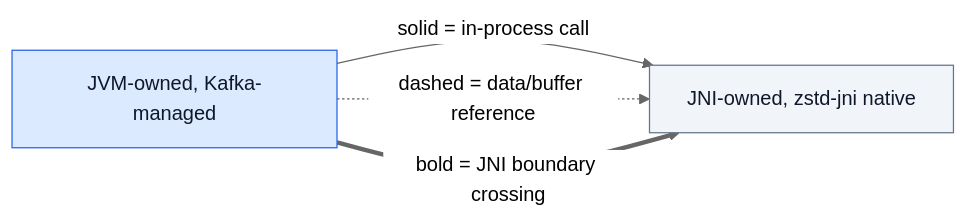
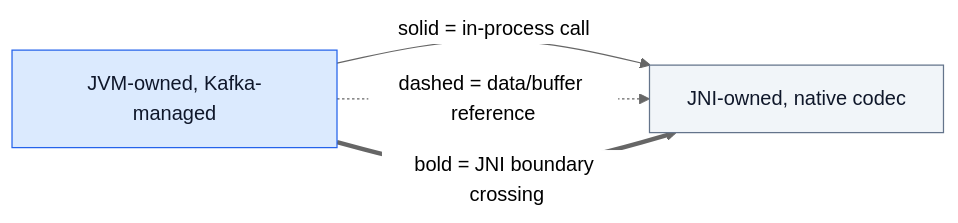
One commit to blitzy-public-samples/blitzy-kafka changed the second of 2 diagrams in docs/security-audit/diagrams/native-compression-boundary.md. Above: the diagram before and after it, drawn with Mermaid. The commit also changed other lines of this file and 1 other file, not shown here.

First line of the commit message:
Resolve 3 MINOR QA findings: native-compression chunk ceilings + slide 6 matrix completeness + slide 8 layout

````diff
--- a/docs/security-audit/diagrams/native-compression-boundary.md
+++ b/docs/security-audit/diagrams/native-compression-boundary.md
@@ -61,11 +75,11 @@
 ```mermaid
 %%{init: {'theme':'neutral'}}%%
 flowchart LR
     A[JVM-owned, Kafka-managed]:::jvm
-    B[JNI-owned, zstd-jni native]:::jni
+    B[JNI-owned, native codec]:::jni
     A -->|solid = in-process call| B
     A -.->|dashed = data/buffer reference| B
     A ==>|bold = JNI boundary crossing| B
     classDef jvm fill:#DBEAFE,stroke:#2563EB,color:#0F172A
     classDef jni fill:#F1F5F9,stroke:#64748B,color:#0F172A
 ```
````
